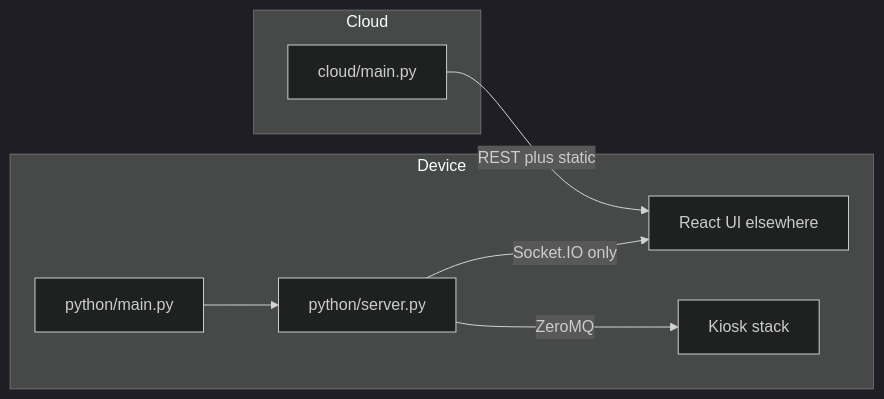
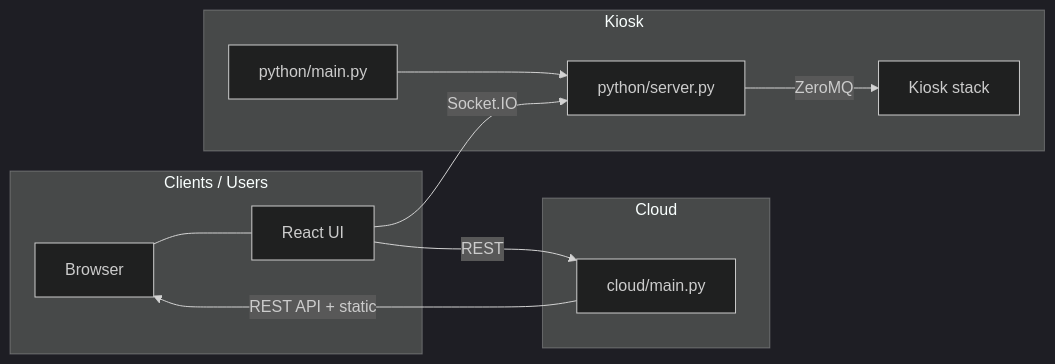
Before and after one commit to keyme/kiosk-control-panel: the diagram in README.md, drawn with Mermaid (dark theme). The commit also changed other lines of this file and 1 other file, not shown here.

Commit message:
update README architecture and improve Data Usage page description

````diff
--- a/README.md
+++ b/README.md
@@ -11,14 +11,20 @@
 ```mermaid
 flowchart LR
-  subgraph device [Device]
+  subgraph clients [Clients / Users]
+    Browser[Browser]
+    ReactUI[React UI]
+    Browser --- ReactUI
+  end
+  subgraph cloud [Cloud]
+    CloudMain[cloud/main.py]
+    CloudMain -->|REST API + static| Browser
+  end
+  subgraph kiosk [Kiosk]
     PyMain[python/main.py]
     Server[python/server.py]
     PyMain --> Server
-    Server -->|Socket.IO only| UI[React UI elsewhere]
     Server -->|ZeroMQ| Stack[Kiosk stack]
   end
-  subgraph cloud [Cloud]
-    CloudMain[cloud/main.py]
-    CloudMain -->|REST plus static| UI
-  end
+  ReactUI -->|Socket.IO| Server
+  ReactUI -->|REST| CloudMain
 ```
````
